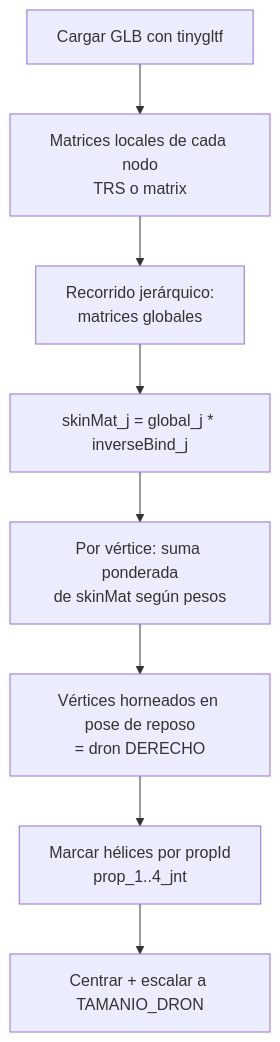
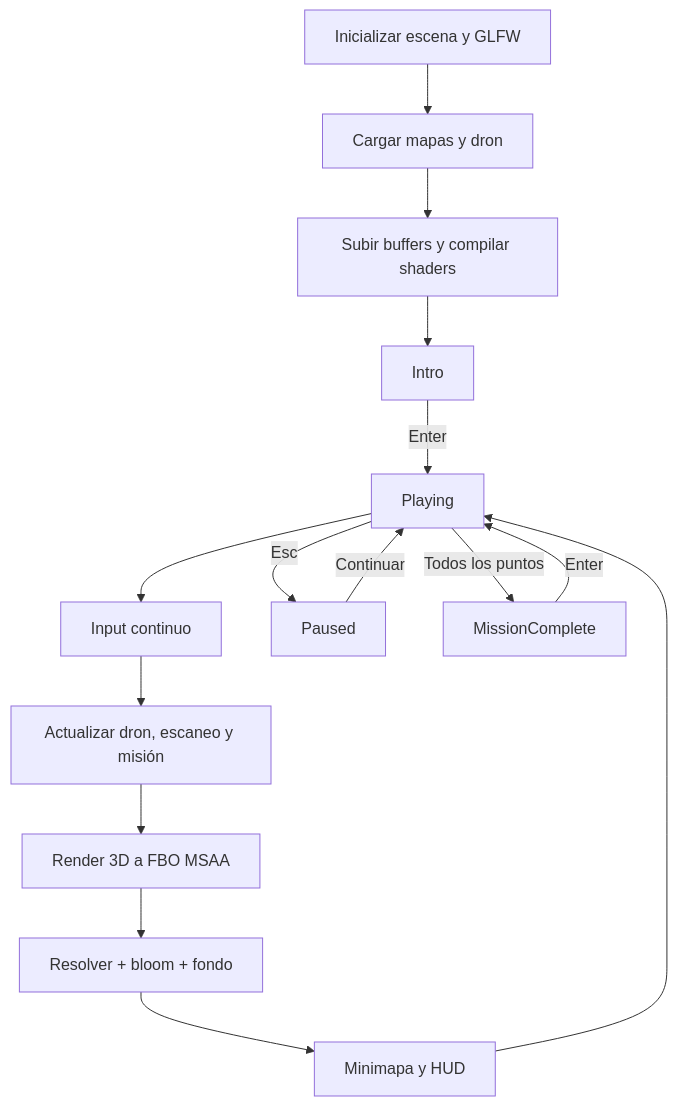
One commit to Jhony410/Simulador_Topografico changed the second of 2 diagrams in README.md. Above: the diagram before and after it, drawn with Mermaid. The commit also changed other lines of this file and 64 other files, not shown here.

````diff
--- a/README.md
+++ b/README.md
@@ -262,10 +91,17 @@
 ```mermaid
 flowchart TD
-    A[Cargar GLB con tinygltf] --> B[Matrices locales de cada nodo<br/>TRS o matrix]
-    B --> C[Recorrido jerárquico:<br/>matrices globales]
-    C --> D[skinMat_j = global_j * inverseBind_j]
-    D --> E[Por vértice: suma ponderada<br/>de skinMat según pesos]
-    E --> F[Vértices horneados en pose de reposo<br/>= dron DERECHO]
-    F --> G[Marcar hélices por propId<br/>prop_1..4_jnt]
-    G --> H[Centrar + escalar a TAMANIO_DRON]
+    I[Inicializar escena y GLFW] --> L[Cargar mapas y dron]
+    L --> G[Subir buffers y compilar shaders]
+    G --> N[Intro]
+    N -->|Enter| P[Playing]
+    P --> U[Input continuo]
+    U --> M[Actualizar dron, escaneo y misión]
+    M --> R[Render 3D a FBO MSAA]
+    R --> B[Resolver + bloom + fondo]
+    B --> H[Minimapa y HUD]
+    H --> P
+    P -->|Esc| Q[Paused]
+    P -->|Todos los puntos| F[MissionComplete]
+    Q -->|Continuar| P
+    F -->|Enter| P
 ```
````
